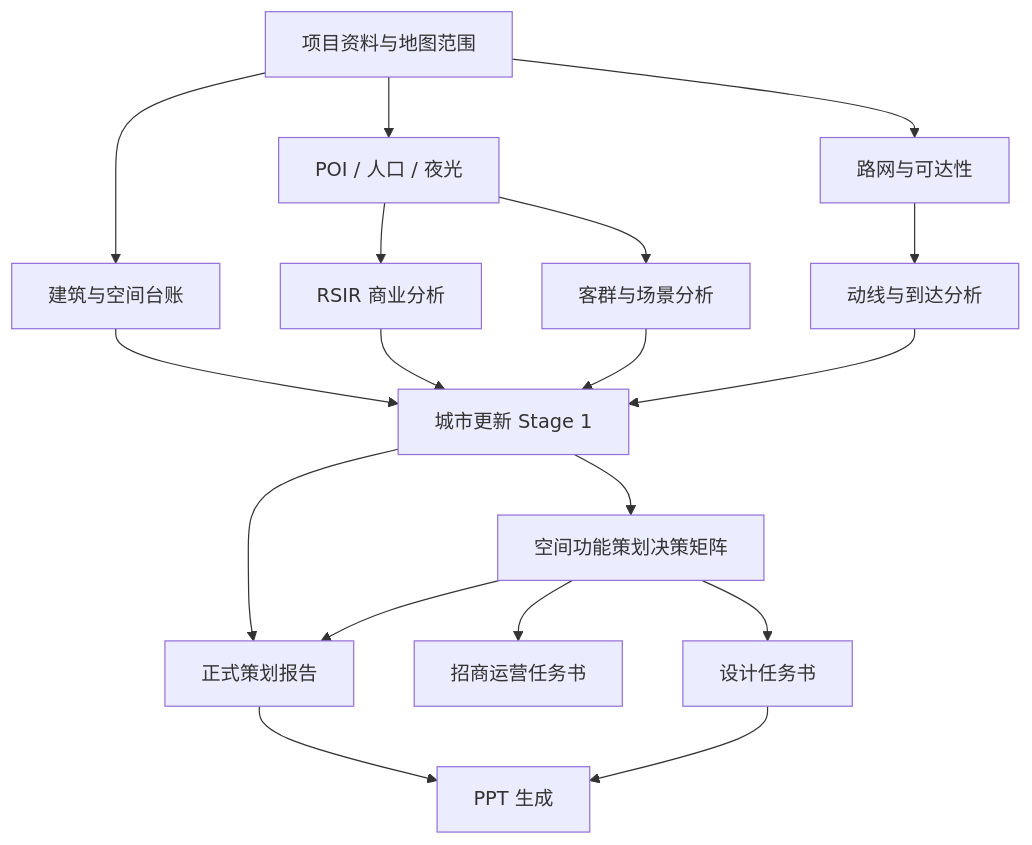
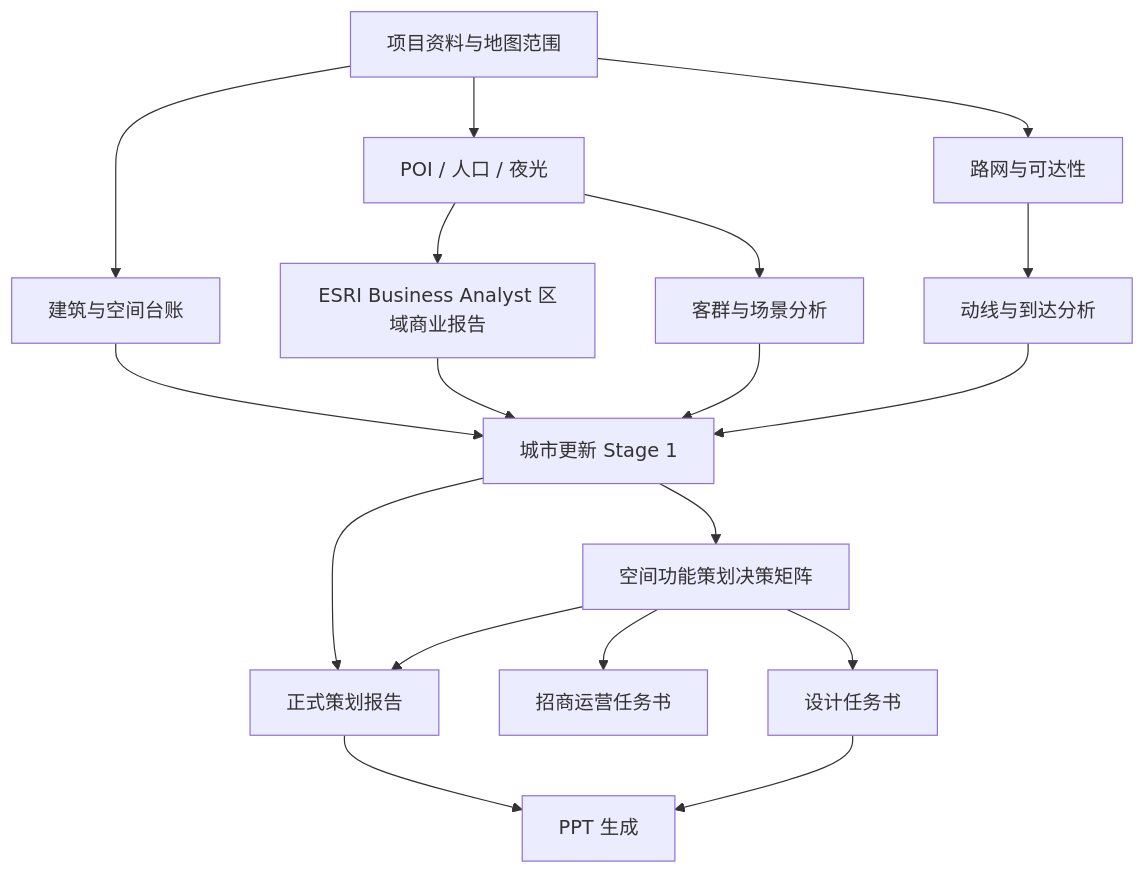
One commit to qkdawn/gaode-map changed the second of 2 diagrams in docs/分析能力工作台与卡片式导航构想.md. Above: the diagram before and after it, drawn with Mermaid. The commit also changed other lines of this file and 17 other files, not shown here.

````diff
--- a/docs/分析能力工作台与卡片式导航构想.md
+++ b/docs/分析能力工作台与卡片式导航构想.md
@@ -648,20 +639,20 @@
 ```mermaid
 flowchart TD
     A["项目资料与地图范围"] --> B1["POI / 人口 / 夜光"]
     A --> B2["路网与可达性"]
     A --> B3["建筑与空间台账"]
-    B1 --> C1["RSIR 商业分析"]
+    B1 --> C1["ESRI Business Analyst 区域商业报告"]
     B1 --> C2["客群与场景分析"]
     B2 --> C3["动线与到达分析"]
     B3 --> D["城市更新 Stage 1"]
     C1 --> D
     C2 --> D
     C3 --> D
     D --> E["空间功能策划决策矩阵"]
     E --> F1["设计任务书"]
     E --> F2["招商运营任务书"]
     D --> G["正式策划报告"]
     E --> G
     G --> H["PPT 生成"]
     F1 --> H
 ```
````
